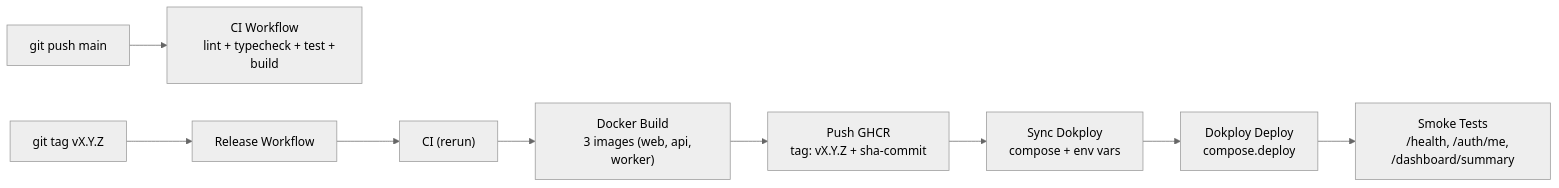
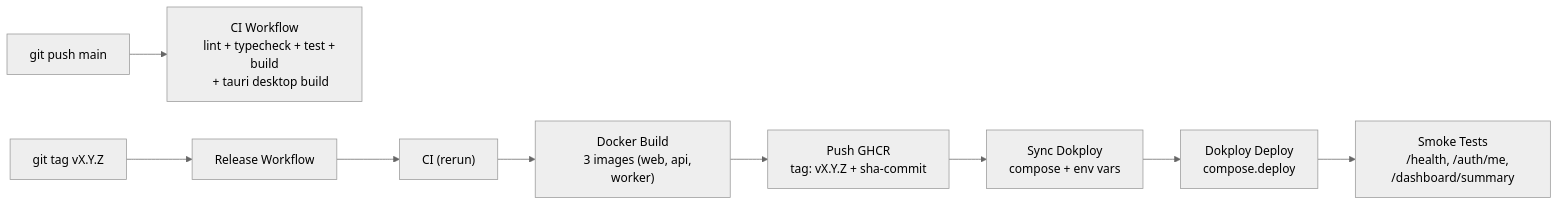
The second of 6 diagrams in docs/context/STACK.md (BigZoo92/finance-os), drawn with Mermaid (neutral theme) before and after one commit. The commit also changed other lines of this file and 31 other files, not shown here.

````diff
--- a/docs/context/STACK.md
+++ b/docs/context/STACK.md
@@ -160,17 +172,18 @@
 ```mermaid
 graph LR
     Push["git push main"] --> CI["CI Workflow
-    lint + typecheck + test + build"]
+    lint + typecheck + test + build
+    + tauri desktop build"]
     Tag["git tag vX.Y.Z"] --> Release["Release Workflow"]
     Release --> CI2["CI (rerun)"]
     CI2 --> Build["Docker Build
     3 images (web, api, worker)"]
     Build --> GHCR["Push GHCR
     tag: vX.Y.Z + sha-commit"]
     GHCR --> Sync["Sync Dokploy
     compose + env vars"]
     Sync --> Deploy["Dokploy Deploy
     compose.deploy"]
     Deploy --> Smoke["Smoke Tests
     /health, /auth/me, /dashboard/summary"]
 ```
````
